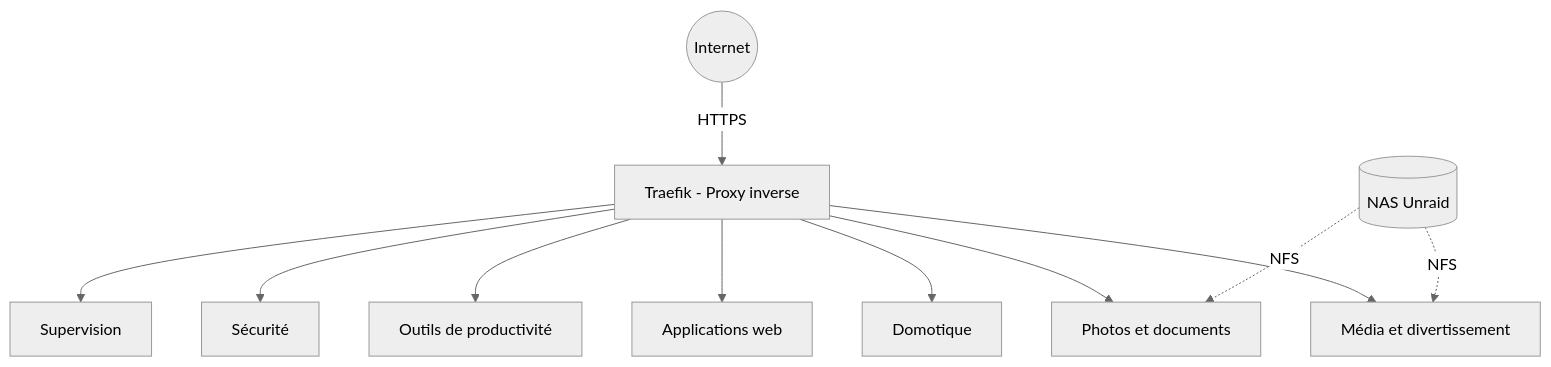
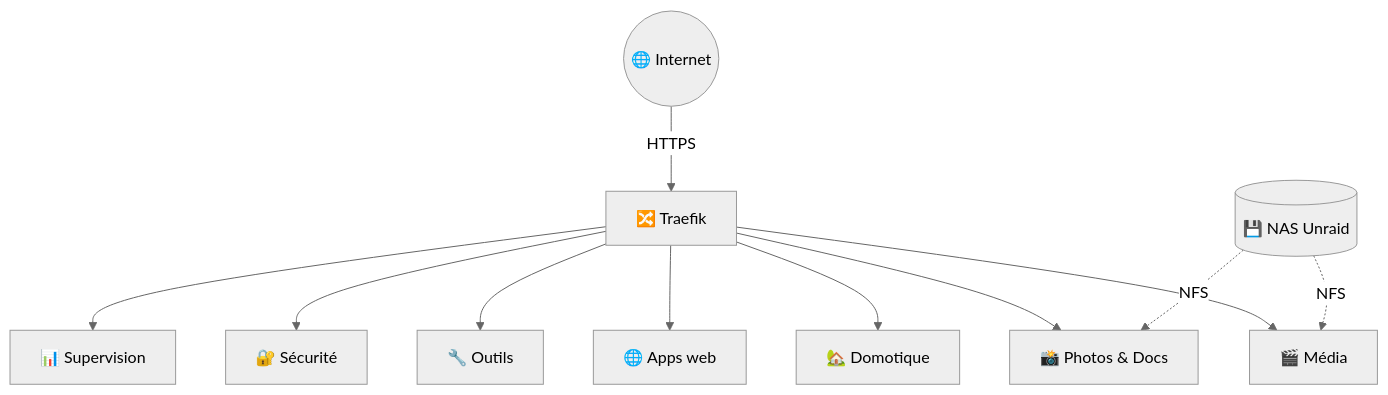
One commit to Wifsimster/docker-setup changed the first of 6 diagrams in README.md. Above: the diagram before and after it, drawn with Mermaid (neutral theme). The commit also changed other lines of this file, not shown here.

````diff
--- a/README.md
+++ b/README.md
@@ -56,14 +25,14 @@
 ```mermaid
 graph TB
-    Internet((Internet)) -->|HTTPS| Traefik[Traefik - Proxy inverse]
-    Traefik --> Media[Média et divertissement]
-    Traefik --> Domo[Domotique]
-    Traefik --> Docs[Photos et documents]
-    Traefik --> Apps[Applications web]
-    Traefik --> Outils[Outils de productivité]
-    Traefik --> Secu[Sécurité]
-    Traefik --> Ops[Supervision]
+    Internet((🌐 Internet)) -->|HTTPS| Traefik[🔀 Traefik]
+    Traefik --> Media[🎬 Média]
+    Traefik --> Home[🏡 Domotique]
+    Traefik --> Photos[📸 Photos & Docs]
+    Traefik --> Apps[🌐 Apps web]
+    Traefik --> Tools[🔧 Outils]
+    Traefik --> Sec[🔐 Sécurité]
+    Traefik --> Ops[📊 Supervision]
 
-    NAS[(NAS Unraid)] -.->|NFS| Media
-    NAS -.->|NFS| Docs
+    NAS[(💾 NAS Unraid)] -.->|NFS| Media
+    NAS -.->|NFS| Photos
 ```
````
